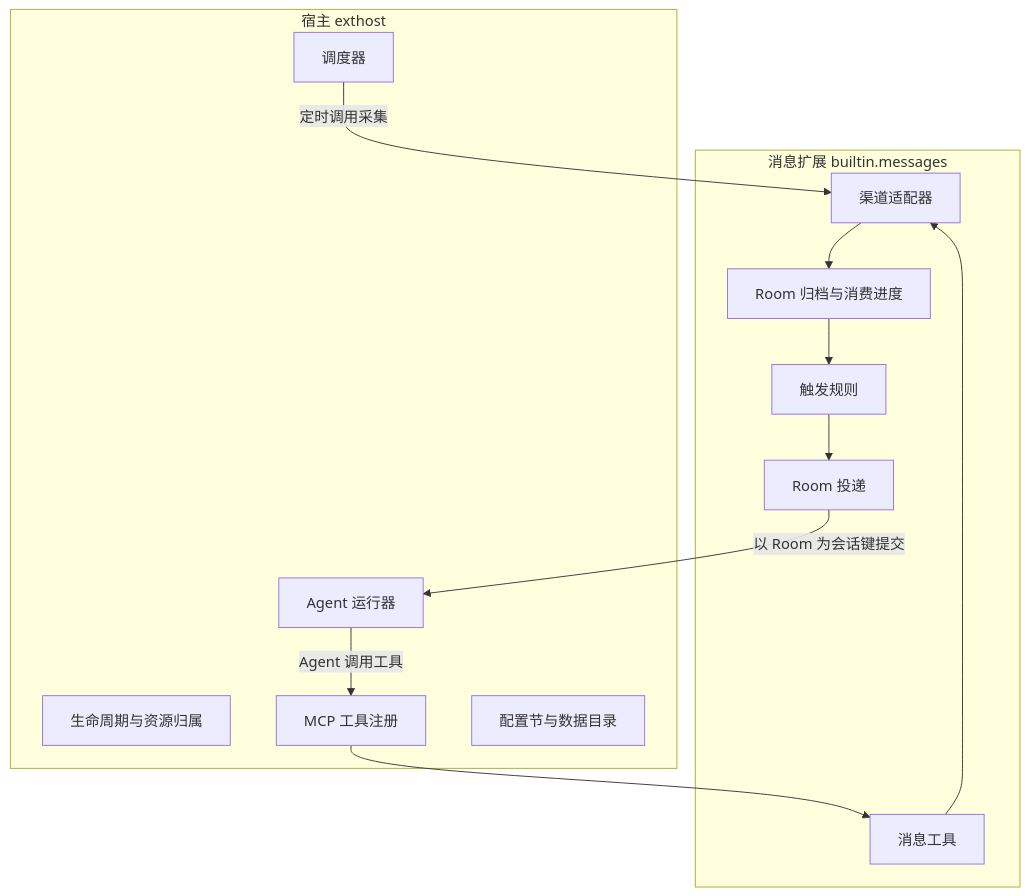
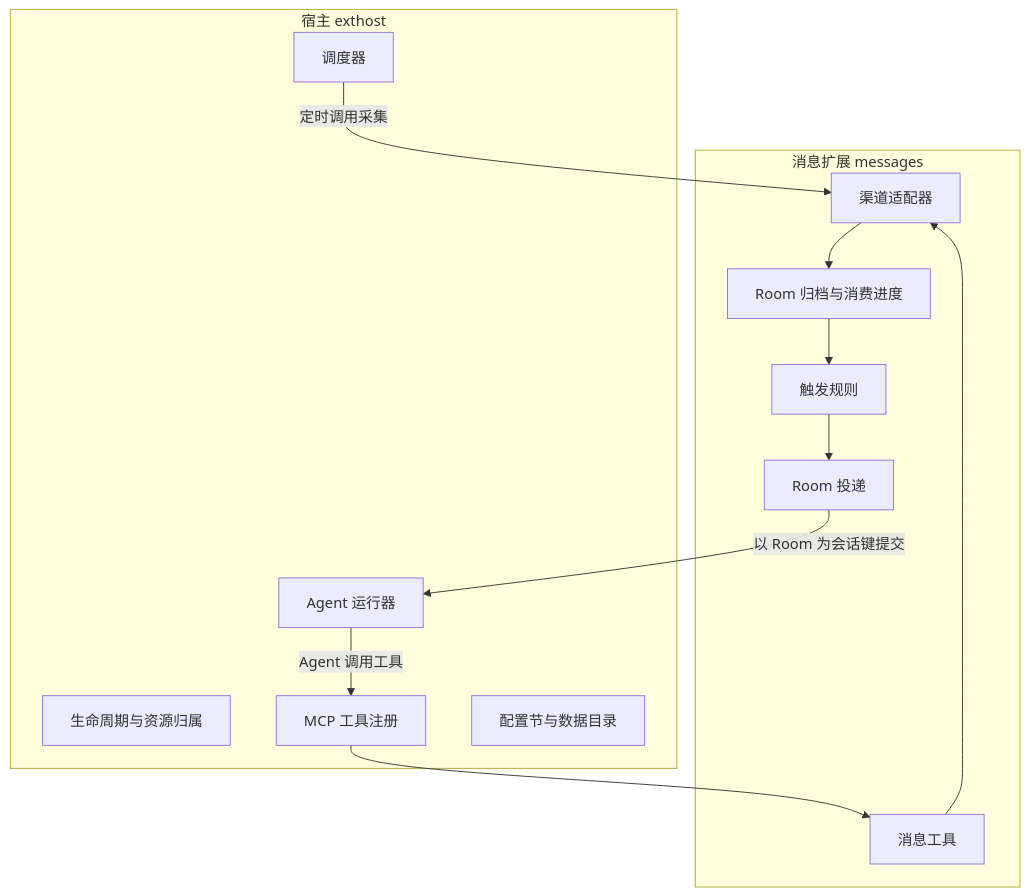
The diagram in docs/message-extension-design.md (fishioon/aicat), drawn with Mermaid before and after one commit. The commit also changed other lines of this file and 39 other files, not shown here.

````diff
--- a/docs/message-extension-design.md
+++ b/docs/message-extension-design.md
@@ -24,21 +24,21 @@
 ```mermaid
 flowchart TD
     subgraph host["宿主 exthost"]
       L[生命周期与资源归属]
       S[调度器]
       T[MCP 工具注册]
       D[配置节与数据目录]
       A[Agent 运行器]
     end
-    subgraph ext["消息扩展 builtin.messages"]
+    subgraph ext["消息扩展 messages"]
       C[渠道适配器] --> I[Room 归档与消费进度]
       I --> G[触发规则]
       G --> Q[Room 投递]
       M[消息工具]
     end
     S -->|定时调用采集| C
     Q -->|以 Room 为会话键提交| A
     A -->|Agent 调用工具| T
     T --> M
     M --> C
 ```
````
